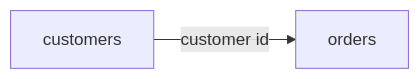
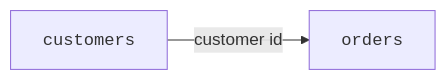
One commit to dataslope/dataslope changed the second of 7 diagrams in content/learn/sqlite-for-beginners/why-relational-databases.mdx. Above: the diagram before and after it, drawn with Mermaid. The commit also changed 46 other files, not shown here.

First line of the commit message:
Wrap code in mermaid edge labels + entity/table names in DB diagrams

````diff
--- a/content/learn/sqlite-for-beginners/why-relational-databases.mdx
+++ b/content/learn/sqlite-for-beginners/why-relational-databases.mdx
@@ -69,4 +69,4 @@
 ```mermaid
 flowchart LR
-    C["customers"] -->|"customer id"| O["orders"]
+    C["<code>customers</code>"] -->|"customer id"| O["<code>orders</code>"]
 ```
````
